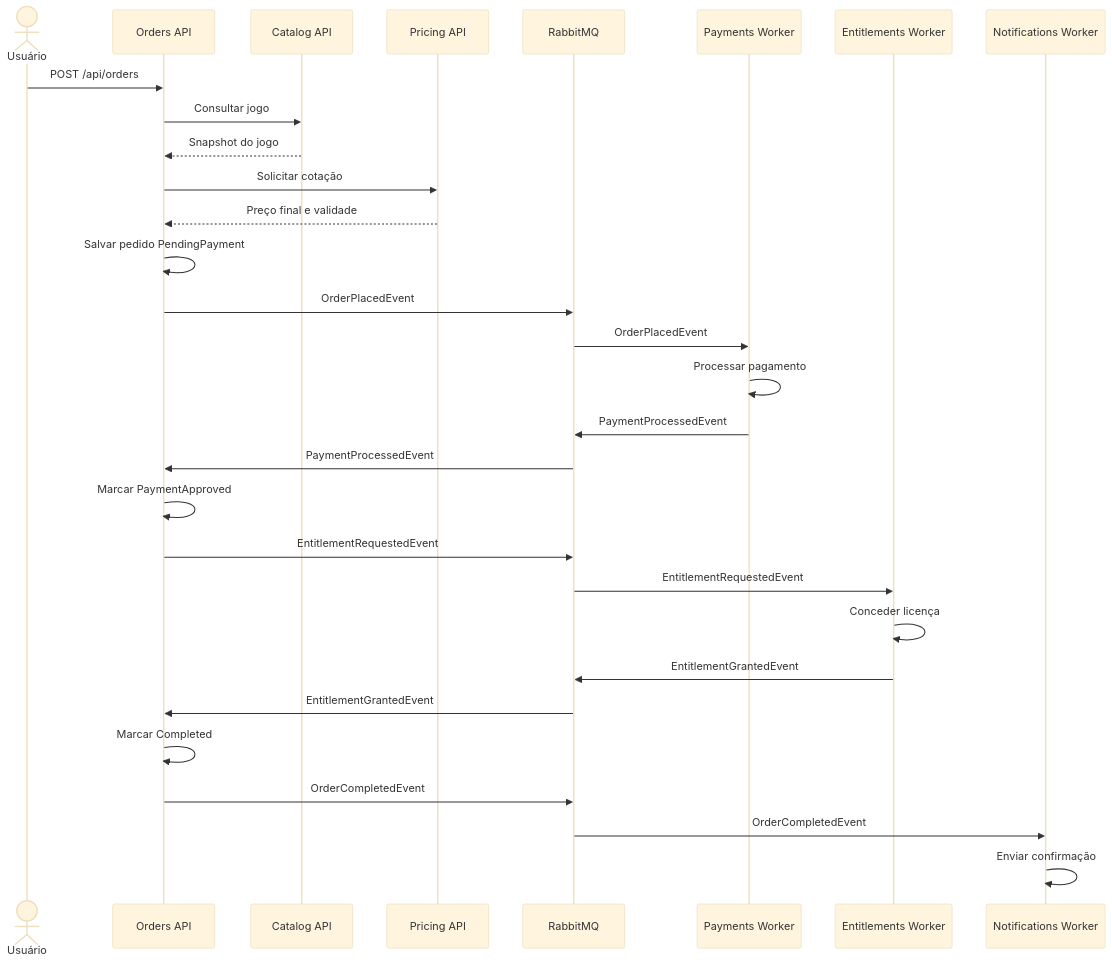
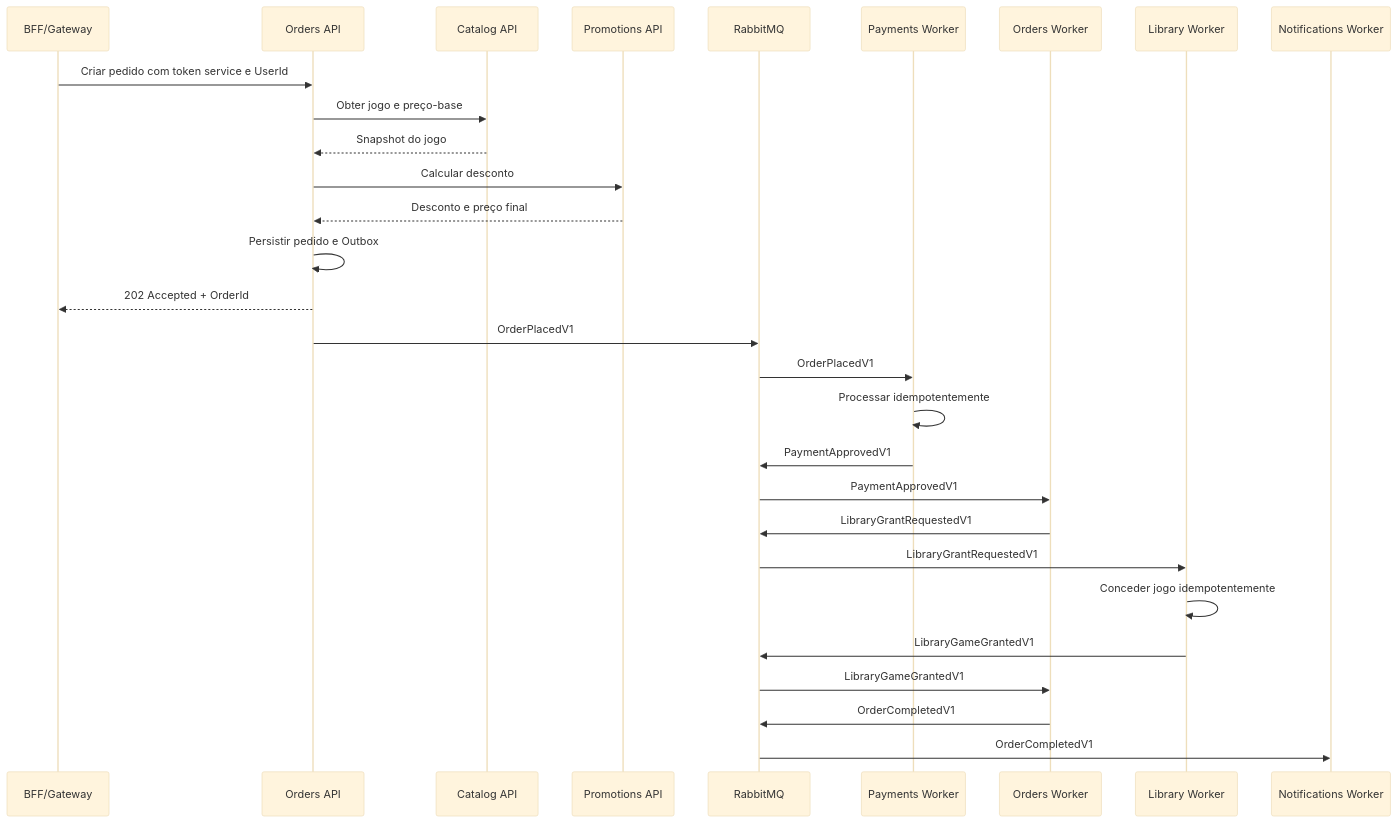
One commit to MarinsPedro/fcg-dotnet-building-blocks changed the second of 2 diagrams in docs/architecture/target-microservices.md. Above: the diagram before and after it, drawn with Mermaid (base theme). The commit also changed other lines of this file and 5 other files, not shown here.

Commit message:
docs-align-final-architecture-scope

````diff
--- a/docs/architecture/target-microservices.md
+++ b/docs/architecture/target-microservices.md
@@ -1011,33 +496,32 @@
 ```mermaid
 sequenceDiagram
-    actor User as Usuário
-    participant Orders as Orders API
+    participant Edge as BFF/Gateway
+    participant OrdersApi as Orders API
     participant Catalog as Catalog API
-    participant Pricing as Pricing API
-    participant Broker as RabbitMQ
+    participant Promotions as Promotions API
+    participant Rabbit as RabbitMQ
     participant Payments as Payments Worker
-    participant Entitlements as Entitlements Worker
+    participant OrdersWorker as Orders Worker
+    participant Library as Library Worker
     participant Notifications as Notifications Worker
 
-    User->>Orders: POST /api/orders
-    Orders->>Catalog: Consultar jogo
-    Catalog-->>Orders: Snapshot do jogo
-    Orders->>Pricing: Solicitar cotação
-    Pricing-->>Orders: Preço final e validade
-    Orders->>Orders: Salvar pedido PendingPayment
-    Orders->>Broker: OrderPlacedEvent
-    Broker->>Payments: OrderPlacedEvent
-    Payments->>Payments: Processar pagamento
-    Payments->>Broker: PaymentProcessedEvent
-    Broker->>Orders: PaymentProcessedEvent
-    Orders->>Orders: Marcar PaymentApproved
-    Orders->>Broker: EntitlementRequestedEvent
-    Broker->>Entitlements: EntitlementRequestedEvent
-    Entitlements->>Entitlements: Conceder licença
-    Entitlements->>Broker: EntitlementGrantedEvent
-    Broker->>Orders: EntitlementGrantedEvent
-    Orders->>Orders: Marcar Completed
-    Orders->>Broker: OrderCompletedEvent
-    Broker->>Notifications: OrderCompletedEvent
-    Notifications->>Notifications: Enviar confirmação
+    Edge->>OrdersApi: Criar pedido com token service e UserId
+    OrdersApi->>Catalog: Obter jogo e preço-base
+    Catalog-->>OrdersApi: Snapshot do jogo
+    OrdersApi->>Promotions: Calcular desconto
+    Promotions-->>OrdersApi: Desconto e preço final
+    OrdersApi->>OrdersApi: Persistir pedido e Outbox
+    OrdersApi-->>Edge: 202 Accepted + OrderId
+    OrdersApi->>Rabbit: OrderPlacedV1
+    Rabbit->>Payments: OrderPlacedV1
+    Payments->>Payments: Processar idempotentemente
+    Payments->>Rabbit: PaymentApprovedV1
+    Rabbit->>OrdersWorker: PaymentApprovedV1
+    OrdersWorker->>Rabbit: LibraryGrantRequestedV1
+    Rabbit->>Library: LibraryGrantRequestedV1
+    Library->>Library: Conceder jogo idempotentemente
+    Library->>Rabbit: LibraryGameGrantedV1
+    Rabbit->>OrdersWorker: LibraryGameGrantedV1
+    OrdersWorker->>Rabbit: OrderCompletedV1
+    Rabbit->>Notifications: OrderCompletedV1
 ```
````
